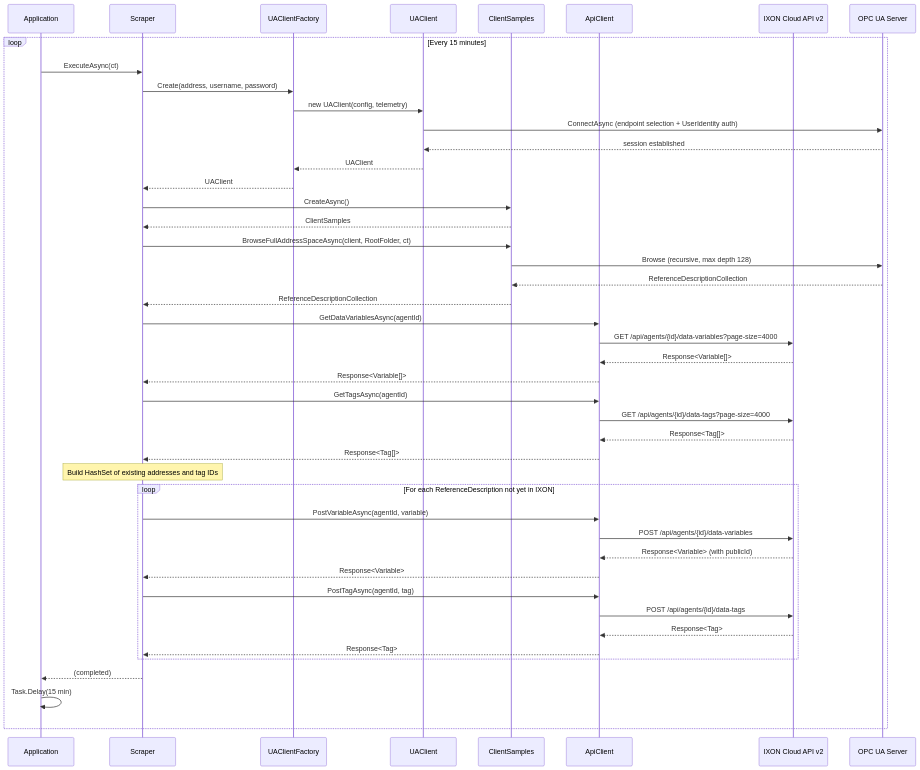
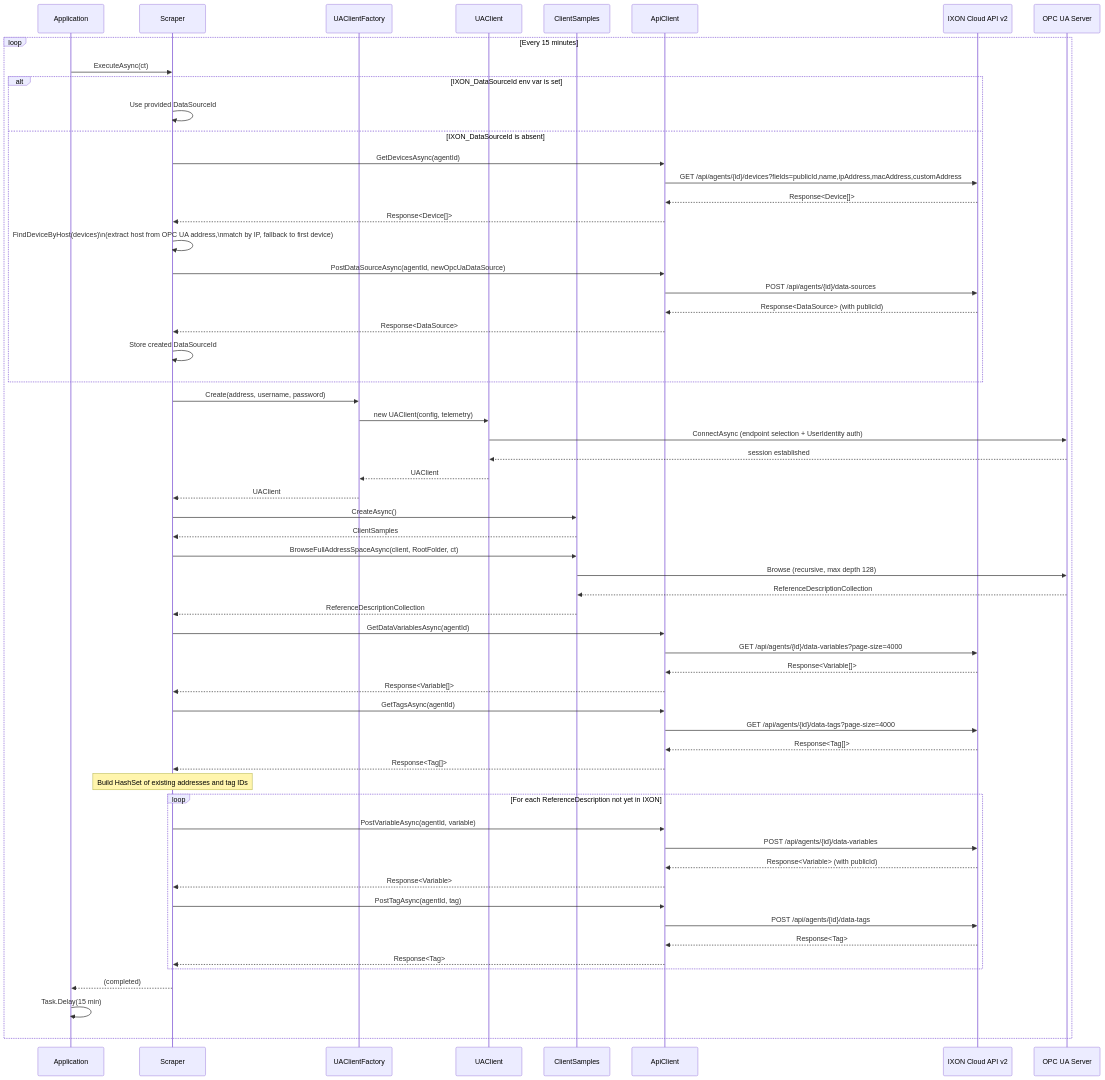
One commit to Rebel-it/rebel-ot-discover-edgeapp changed the first of 3 diagrams in docs/06_runtime_view.adoc. Above: the diagram before and after it, drawn with Mermaid. The commit also changed other lines of this file and 23 other files, not shown here.

Commit message:
Feature/#15 opcua data source (#28)

```diff
--- a/docs/06_runtime_view.adoc
+++ b/docs/06_runtime_view.adoc
@@ -10,58 +10,73 @@
 [mermaid]
 ....
 sequenceDiagram
     participant App as Application
     participant Sc as Scraper
     participant UF as UAClientFactory
     participant UA as UAClient
     participant CS as ClientSamples
     participant AC as ApiClient
     participant IXON as IXON Cloud API v2
     participant OPC as OPC UA Server
 
     loop Every 15 minutes
         App->>Sc: ExecuteAsync(ct)
+
+        alt IXON_DataSourceId env var is set
+            Sc->>Sc: Use provided DataSourceId
+        else IXON_DataSourceId is absent
+            Sc->>AC: GetDevicesAsync(agentId)
+            AC->>IXON: GET /api/agents/{id}/devices?fields=publicId,name,ipAddress,macAddress,customAddress
+            IXON-->>AC: Response<Device[]>
+            AC-->>Sc: Response<Device[]>
+            Sc->>Sc: FindDeviceByHost(devices)\n(extract host from OPC UA address,\nmatch by IP, fallback to first device)
+            Sc->>AC: PostDataSourceAsync(agentId, newOpcUaDataSource)
+            AC->>IXON: POST /api/agents/{id}/data-sources
+            IXON-->>AC: Response<DataSource> (with publicId)
+            AC-->>Sc: Response<DataSource>
+            Sc->>Sc: Store created DataSourceId
+        end
 
         Sc->>UF: Create(address, username, password)
         UF->>UA: new UAClient(config, telemetry)
         UA->>OPC: ConnectAsync (endpoint selection + UserIdentity auth)
         OPC-->>UA: session established
         UA-->>UF: UAClient
         UF-->>Sc: UAClient
 
         Sc->>CS: CreateAsync()
         CS-->>Sc: ClientSamples
 
         Sc->>CS: BrowseFullAddressSpaceAsync(client, RootFolder, ct)
         CS->>OPC: Browse (recursive, max depth 128)
         OPC-->>CS: ReferenceDescriptionCollection
         CS-->>Sc: ReferenceDescriptionCollection
 
         Sc->>AC: GetDataVariablesAsync(agentId)
         AC->>IXON: GET /api/agents/{id}/data-variables?page-size=4000
         IXON-->>AC: Response<Variable[]>
         AC-->>Sc: Response<Variable[]>
 
         Sc->>AC: GetTagsAsync(agentId)
         AC->>IXON: GET /api/agents/{id}/data-tags?page-size=4000
         IXON-->>AC: Response<Tag[]>
         AC-->>Sc: Response<Tag[]>
 
         Note over Sc: Build HashSet of existing addresses and tag IDs
 
         loop For each ReferenceDescription not yet in IXON
             Sc->>AC: PostVariableAsync(agentId, variable)
             AC->>IXON: POST /api/agents/{id}/data-variables
             IXON-->>AC: Response<Variable> (with publicId)
             AC-->>Sc: Response<Variable>
 
             Sc->>AC: PostTagAsync(agentId, tag)
             AC->>IXON: POST /api/agents/{id}/data-tags
             IXON-->>AC: Response<Tag>
             AC-->>Sc: Response<Tag>
         end
 
         Sc-->>App: (completed)
         App->>App: Task.Delay(15 min)
     end
 ....
```
